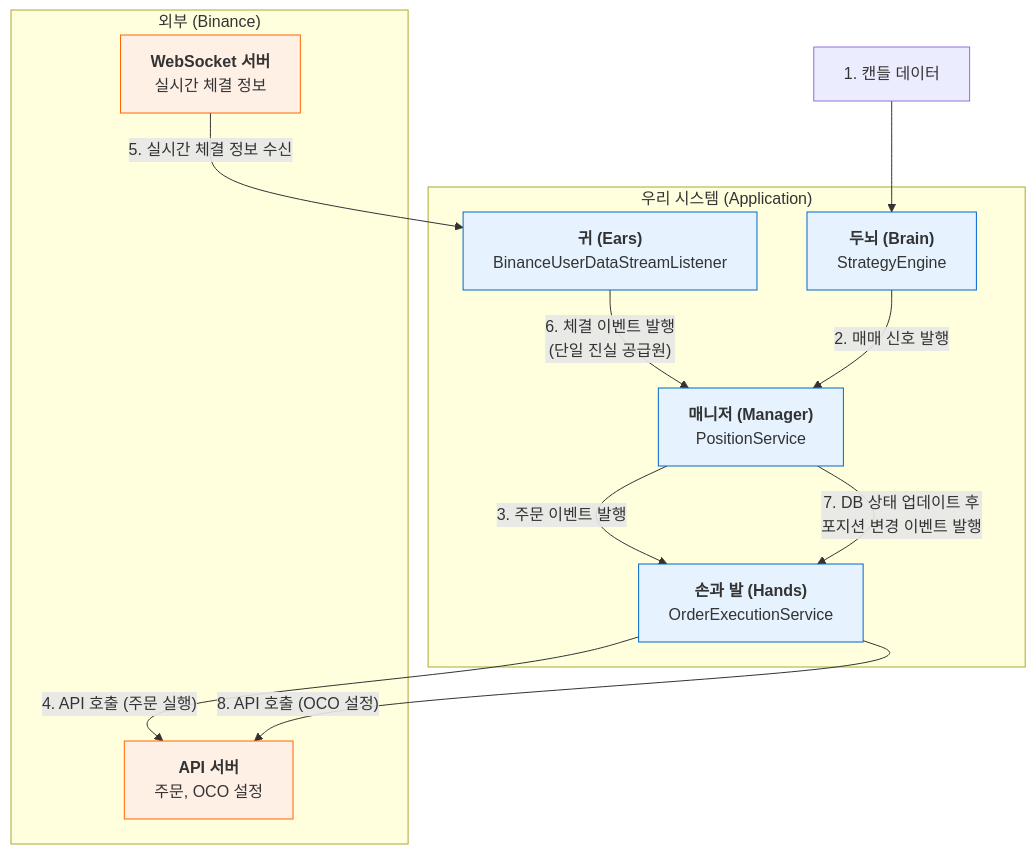
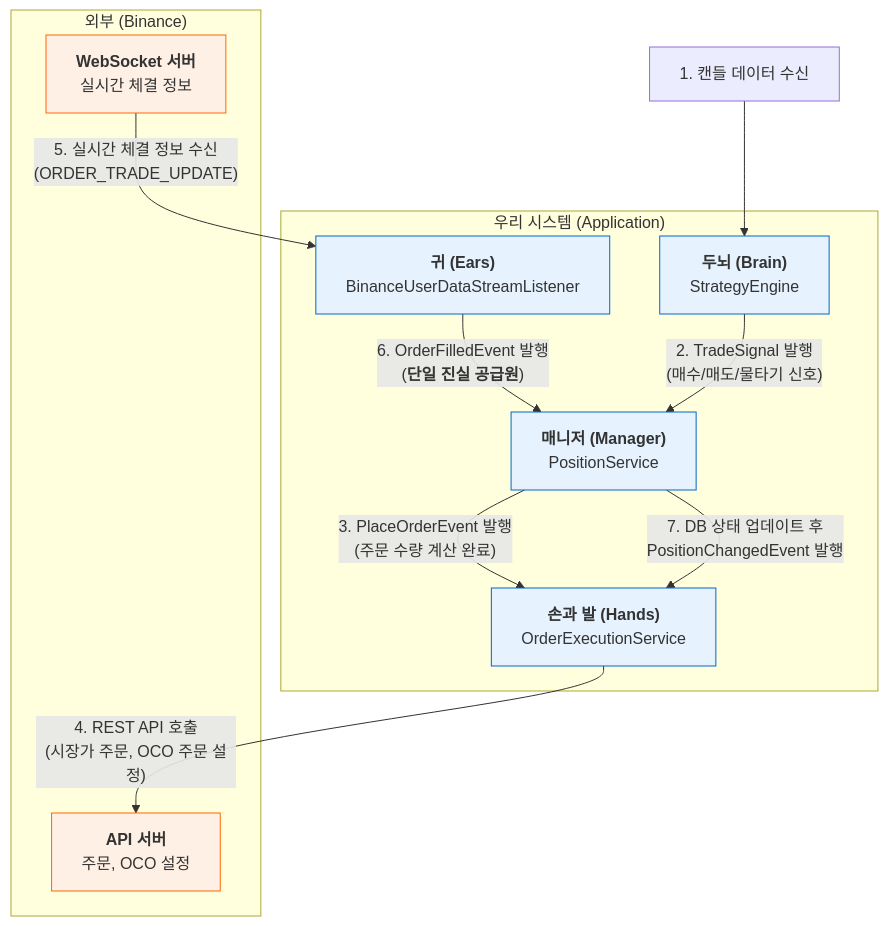
One commit to gudals7856/biner changed the first of 2 diagrams in README.md. Above: the diagram before and after it, drawn with Mermaid. The commit also changed other lines of this file, not shown here.

````diff
--- a/README.md
+++ b/README.md
@@ -77,31 +77,30 @@
 ``` mermaid
 graph TD
     subgraph "우리 시스템 (Application)"
         A["<b style='font-size:16px'>귀 (Ears)</b><br/>BinanceUserDataStreamListener"]
         B["<b style='font-size:16px'>두뇌 (Brain)</b><br/>StrategyEngine"]
         C["<b style='font-size:16px'>매니저 (Manager)</b><br/>PositionService"]
         D["<b style='font-size:16px'>손과 발 (Hands)</b><br/>OrderExecutionService"]
     end
 subgraph "외부 (Binance)"
     E[<b style='font-size:16px'>API 서버</b><br/>주문, OCO 설정]
     F[<b style='font-size:16px'>WebSocket 서버</b><br/>실시간 체결 정보]
 end
 
 %% 데이터 흐름 정의
-G[1. 캔들 데이터] --> B
-B -- "2. 매매 신호 발행" --> C
-C -- "3. 주문 이벤트 발행" --> D
-D -- "4. API 호출 (주문 실행)" --> E
-F -- "5. 실시간 체결 정보 수신" --> A
-A -- "6. 체결 이벤트 발행 <br/> (단일 진실 공급원)" --> C
-C -- "7. DB 상태 업데이트 후 <br/> 포지션 변경 이벤트 발행" --> D
-D -- "8. API 호출 (OCO 설정)" --> E
+G[1. 캔들 데이터 수신] --> B
+B -- "2. TradeSignal 발행<br/>(매수/매도/물타기 신호)" --> C
+C -- "3. PlaceOrderEvent 발행<br/>(주문 수량 계산 완료)" --> D
+D -- "4. REST API 호출<br/>(시장가 주문, OCO 주문 설정)" --> E
+F -- "5. 실시간 체결 정보 수신<br/>(ORDER_TRADE_UPDATE)" --> A
+A -- "6. OrderFilledEvent 발행<br/>(<b>단일 진실 공급원</b>)" --> C
+C -- "7. DB 상태 업데이트 후<br/>PositionChangedEvent 발행" --> D
 
 %% 스타일링
 style A fill:#e6f3ff,stroke:#0066cc
 style B fill:#e6f3ff,stroke:#0066cc
 style C fill:#e6f3ff,stroke:#0066cc
 style D fill:#e6f3ff,stroke:#0066cc
 style E fill:#fff0e6,stroke:#ff6600
 style F fill:#fff0e6,stroke:#ff6600
 ```
````
